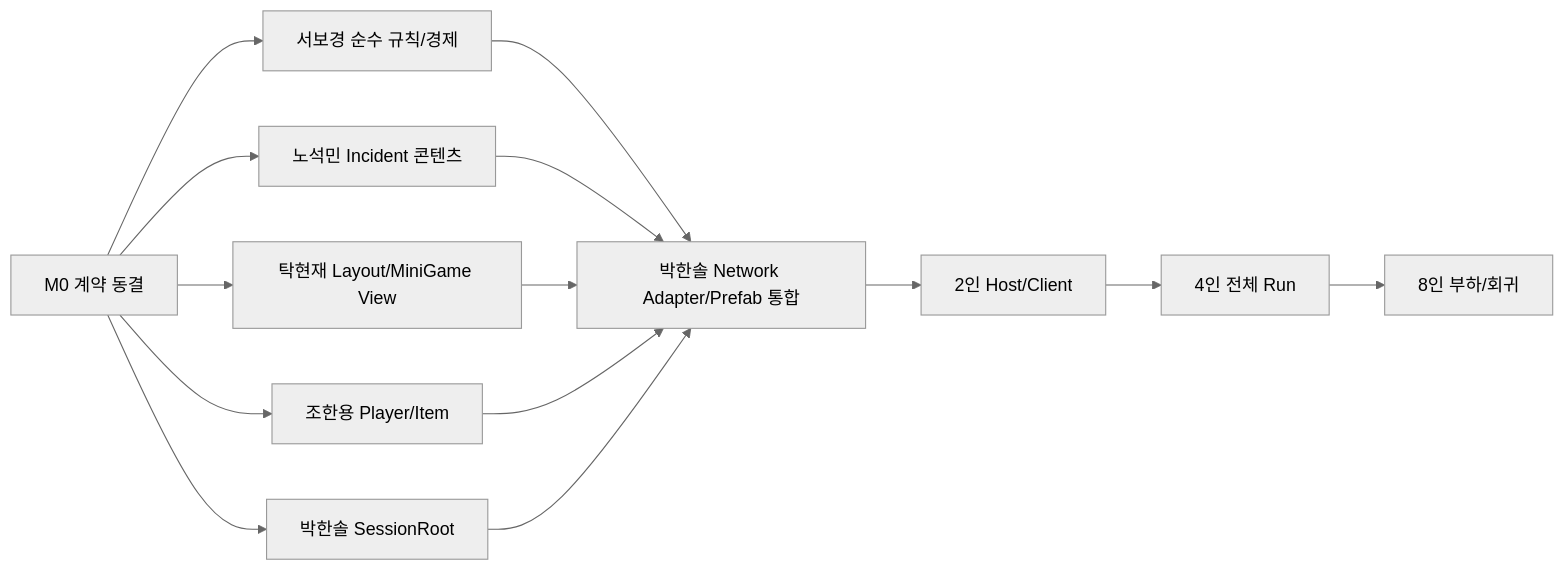
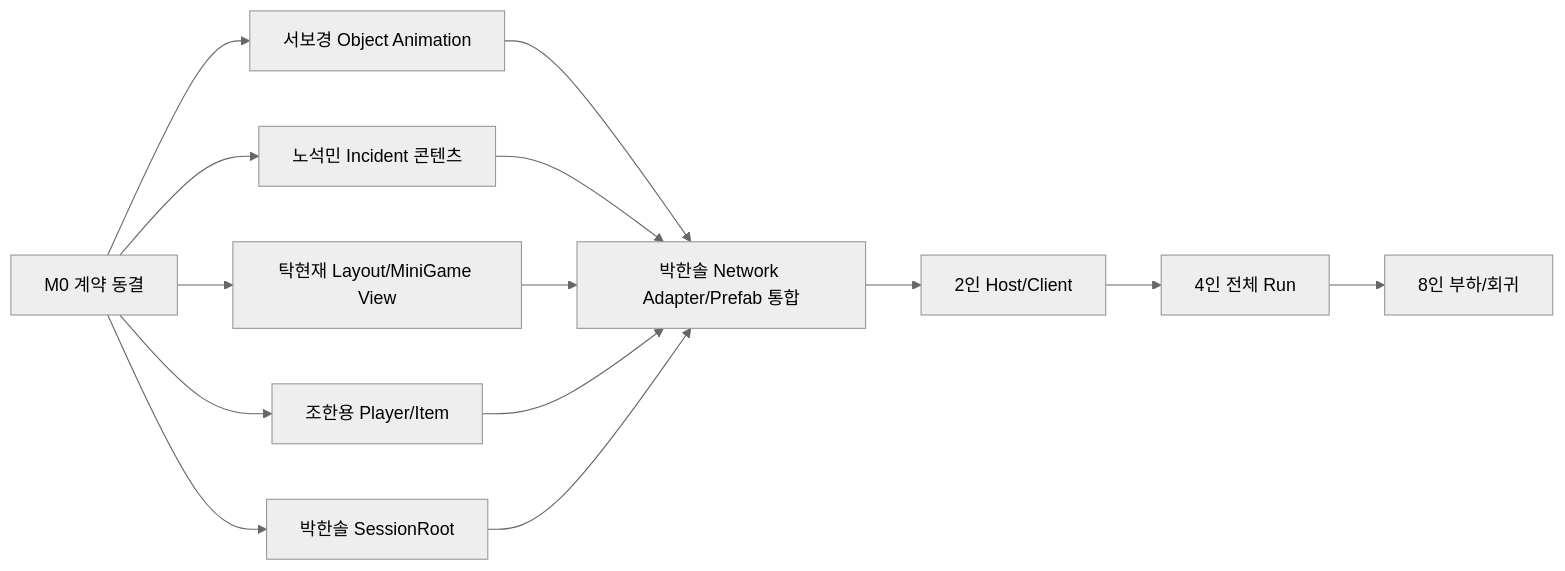
One commit to bokings34-ui/LastJumpCrew_Copy changed the diagram in Docs/LASTJUMPCREW_TEAM_WORK_ALLOCATION_0718.md. Above: the diagram before and after it, drawn with Mermaid (neutral theme). The commit also changed other lines of this file and 27 other files, not shown here.

````diff
--- a/Docs/LASTJUMPCREW_TEAM_WORK_ALLOCATION_0718.md
+++ b/Docs/LASTJUMPCREW_TEAM_WORK_ALLOCATION_0718.md
@@ -569,16 +559,16 @@
 ```mermaid
 flowchart LR
     M0["M0 계약 동결"] --> M1A["박한솔 SessionRoot"]
-    M0 --> M1B["서보경 순수 규칙/경제"]
+    M0 --> M1B["서보경 Object Animation"]
     M0 --> M1C["노석민 Incident 콘텐츠"]
     M0 --> M1D["탁현재 Layout/MiniGame View"]
     M0 --> M1E["조한용 Player/Item"]
     M1B --> M2["박한솔 Network Adapter/Prefab 통합"]
     M1C --> M2
     M1D --> M2
     M1E --> M2
     M1A --> M2
     M2 --> M3["2인 Host/Client"]
     M3 --> M4["4인 전체 Run"]
     M4 --> M5["8인 부하/회귀"]
 ```
````
